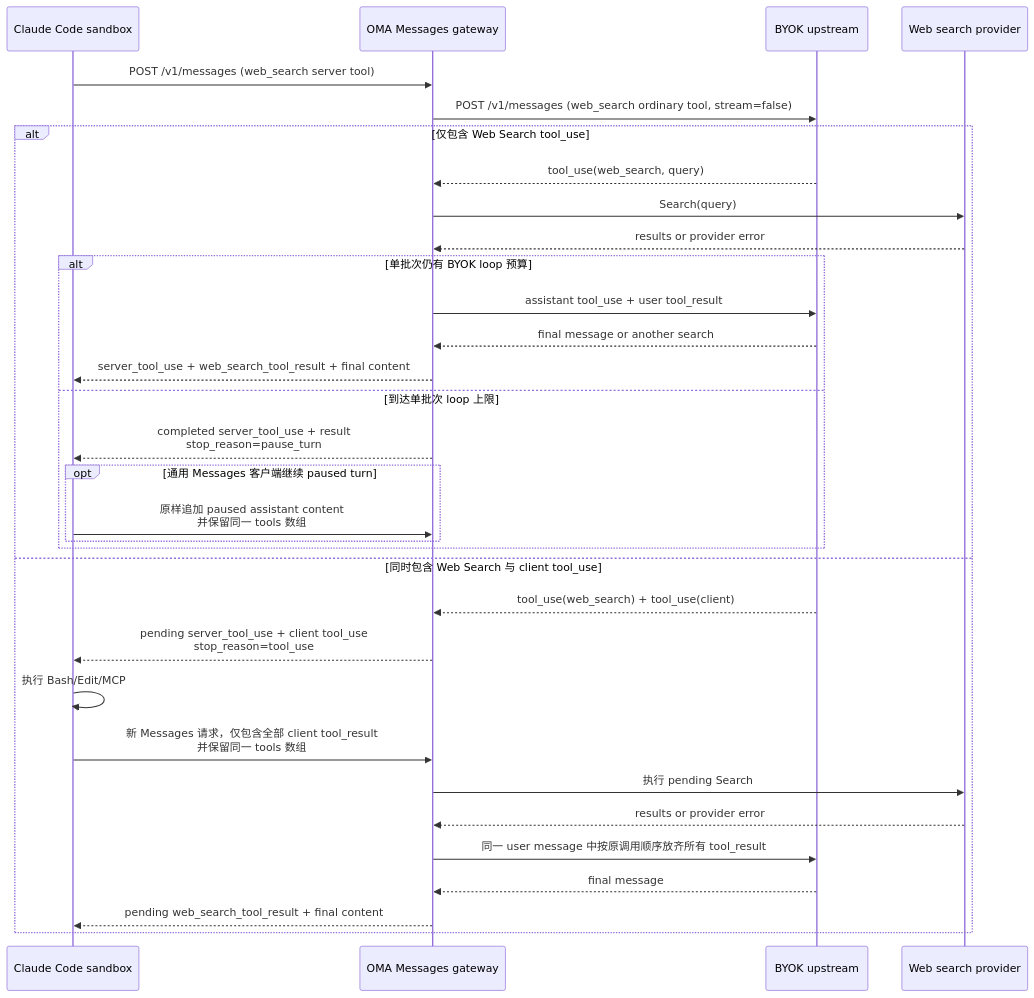
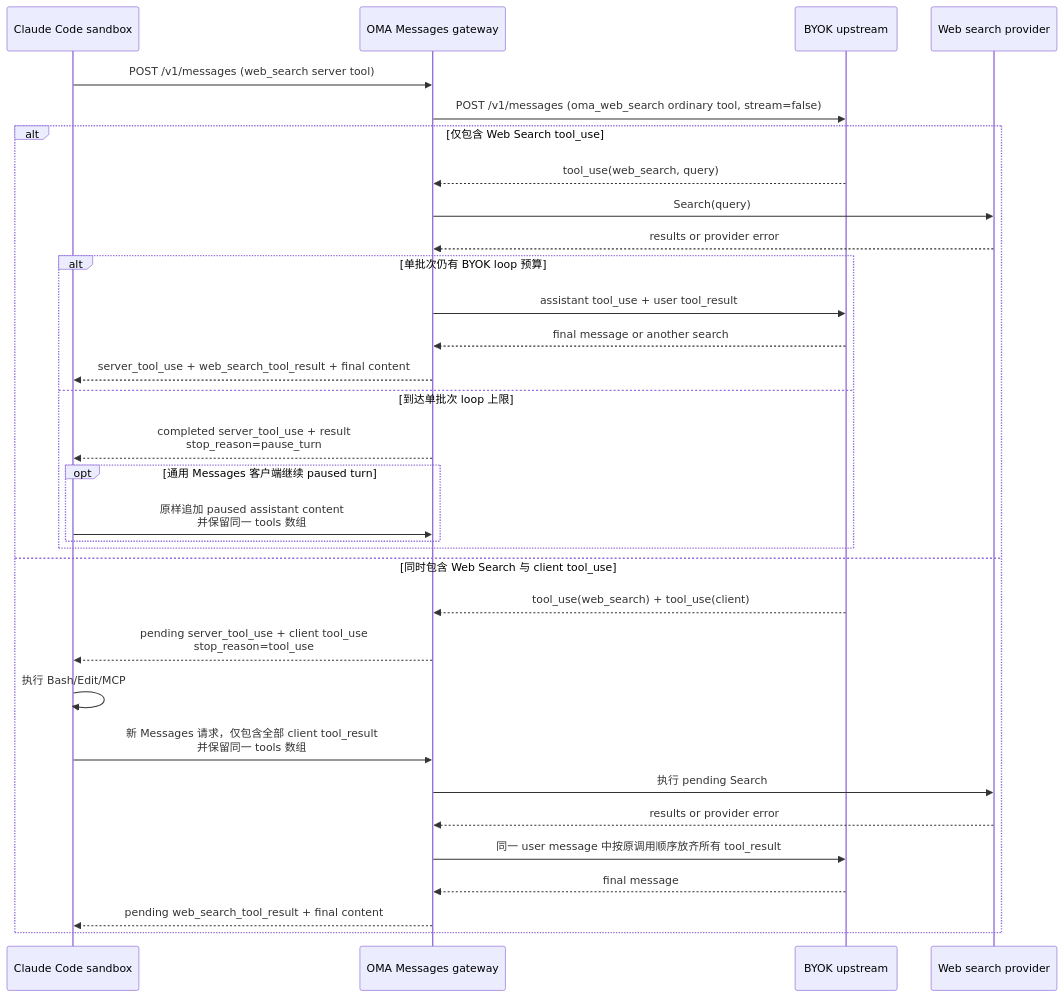
Before and after one commit to Postroggy/open-managed-agents: the first of 2 diagrams in docs/design/be/messages-proxy.md, drawn with Mermaid. The commit also changed other lines of this file and 9 other files, not shown here.

Commit message:
feat(messages): complete web search gateway protocol semantics

````diff
--- a/docs/design/be/messages-proxy.md
+++ b/docs/design/be/messages-proxy.md
@@ -30,35 +30,35 @@
 ```mermaid
 sequenceDiagram
     participant CC as Claude Code sandbox
     participant OMA as OMA Messages gateway
     participant BYOK as BYOK upstream
     participant Search as Web search provider
 
     CC->>OMA: POST /v1/messages (web_search server tool)
-    OMA->>BYOK: POST /v1/messages (web_search ordinary tool, stream=false)
+    OMA->>BYOK: POST /v1/messages (oma_web_search ordinary tool, stream=false)
     alt 仅包含 Web Search tool_use
         BYOK-->>OMA: tool_use(web_search, query)
         OMA->>Search: Search(query)
         Search-->>OMA: results or provider error
         alt 单批次仍有 BYOK loop 预算
             OMA->>BYOK: assistant tool_use + user tool_result
             BYOK-->>OMA: final message or another search
             OMA-->>CC: server_tool_use + web_search_tool_result + final content
         else 到达单批次 loop 上限
             OMA-->>CC: completed server_tool_use + result<br/>stop_reason=pause_turn
             opt 通用 Messages 客户端继续 paused turn
                 CC->>OMA: 原样追加 paused assistant content<br/>并保留同一 tools 数组
             end
         end
     else 同时包含 Web Search 与 client tool_use
         BYOK-->>OMA: tool_use(web_search) + tool_use(client)
         OMA-->>CC: pending server_tool_use + client tool_use<br/>stop_reason=tool_use
         CC->>CC: 执行 Bash/Edit/MCP
         CC->>OMA: 新 Messages 请求，仅包含全部 client tool_result<br/>并保留同一 tools 数组
         OMA->>Search: 执行 pending Search
         Search-->>OMA: results or provider error
         OMA->>BYOK: 同一 user message 中按原调用顺序放齐所有 tool_result
         BYOK-->>OMA: final message
         OMA-->>CC: pending web_search_tool_result + final content
     end
 ```
````
